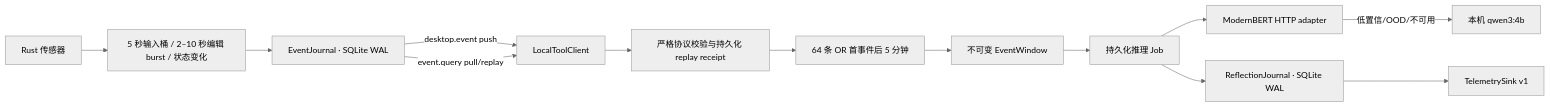
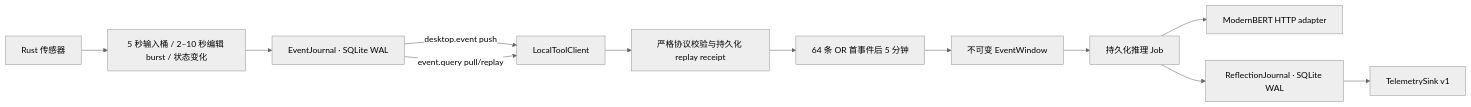
One commit to Sea-Go/Sea-WhaleHall changed the second of 2 diagrams in docs/REFLECTION_SYSTEM.md. Above: the diagram before and after it, drawn with Mermaid (neutral theme). The commit also changed other lines of this file and 6 other files, not shown here.

````diff
--- a/docs/REFLECTION_SYSTEM.md
+++ b/docs/REFLECTION_SYSTEM.md
@@ -274,15 +293,14 @@
 ```mermaid
 flowchart LR
   Sensors["Rust 传感器"] --> Merge["5 秒输入桶 / 2–10 秒编辑 burst / 状态变化"]
   Merge --> Journal["EventJournal · SQLite WAL"]
   Journal -->|"desktop.event push"| Client["LocalToolClient"]
   Journal -->|"event.query pull/replay"| Client
   Client --> Guard["严格协议校验与持久化 replay receipt"]
   Guard --> Collector["64 条 OR 首事件后 5 分钟"]
   Collector --> Windows["不可变 EventWindow"]
   Windows --> Jobs["持久化推理 Job"]
   Jobs --> Student["ModernBERT HTTP adapter"]
-  Student -->|"低置信/OOD/不可用"| Teacher["本机 qwen3:4b"]
   Jobs --> Reflections["ReflectionJournal · SQLite WAL"]
   Reflections --> Sink["TelemetrySink v1"]
 ```
````
